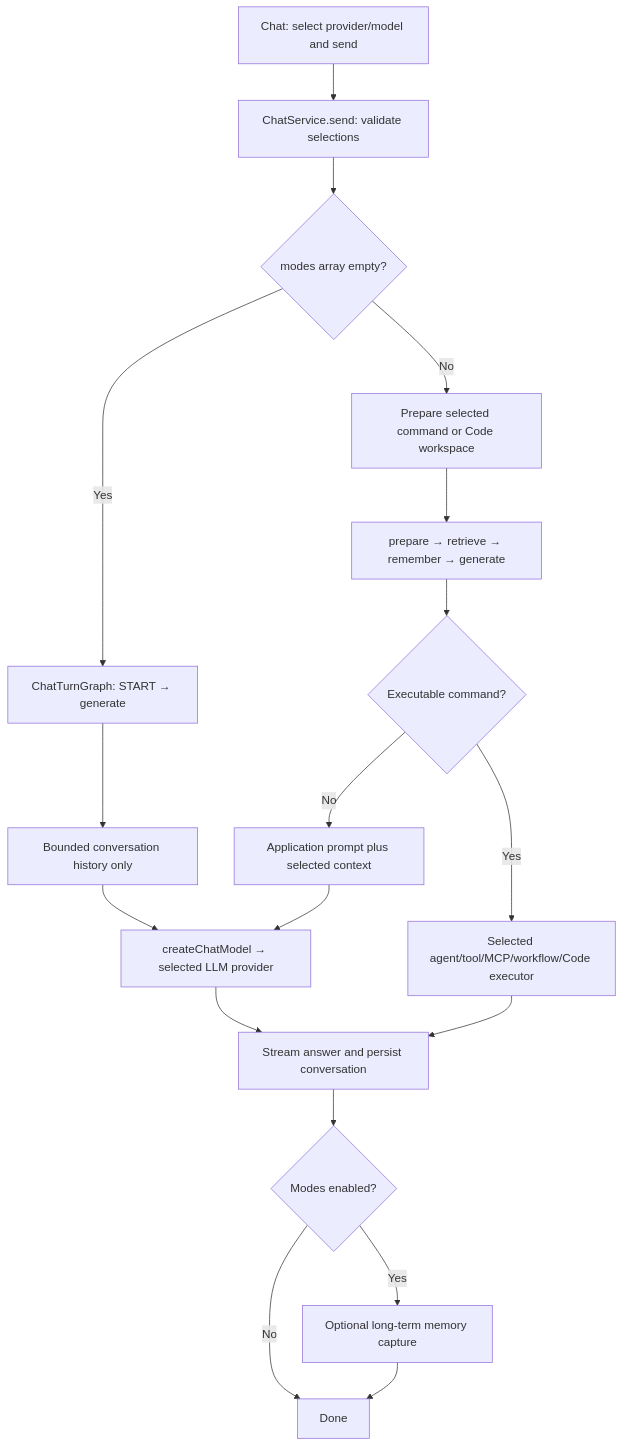
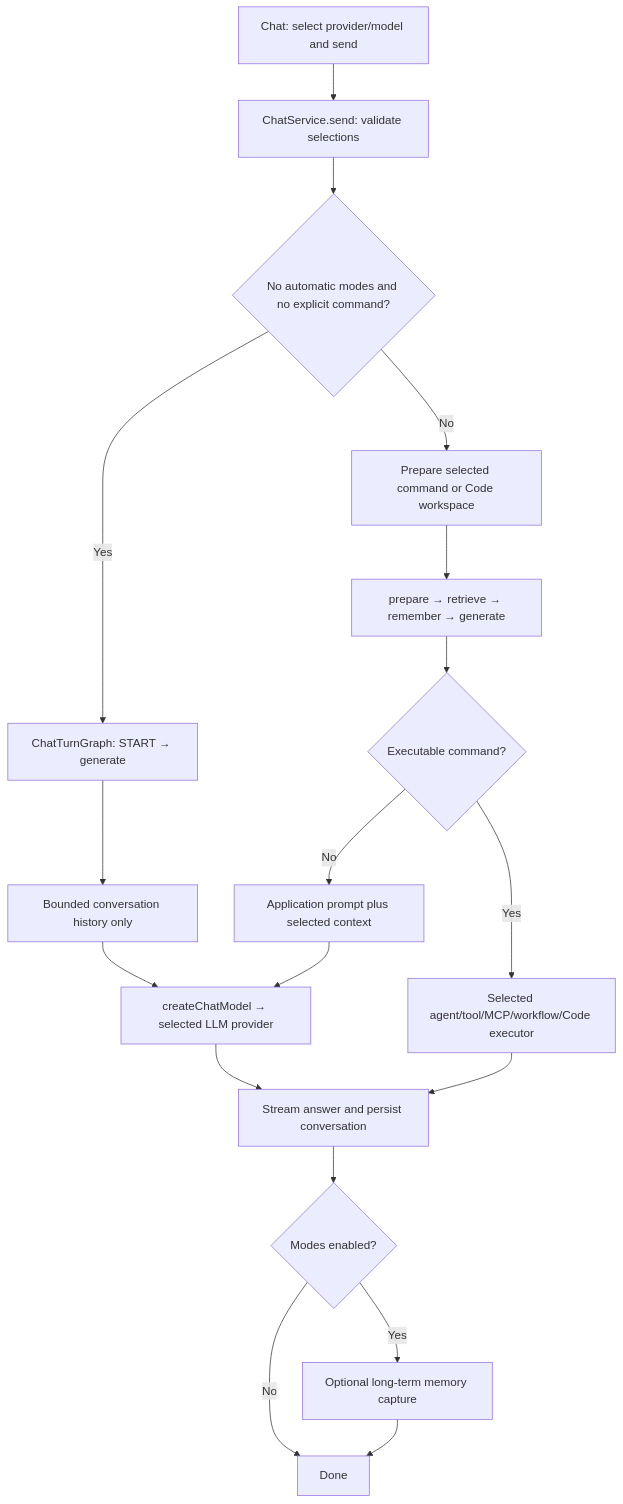
The first of 3 diagrams in docs/CHAT.md (dipak7587/desktop-agent), drawn with Mermaid before and after one commit. The commit also changed other lines of this file and 18 other files, not shown here.

````diff
--- a/docs/CHAT.md
+++ b/docs/CHAT.md
@@ -16,20 +17,20 @@
 ```mermaid
 flowchart TD
     UI[Chat: select provider/model and send] --> Service[ChatService.send: validate selections]
-    Service --> Empty{modes array empty?}
+    Service --> Empty{No automatic modes and no explicit command?}
     Empty -->|Yes| Direct[ChatTurnGraph: START → generate]
     Direct --> History[Bounded conversation history only]
     History --> Model[createChatModel → selected LLM provider]
     Empty -->|No| Prepare[Prepare selected command or Code workspace]
     Prepare --> Context[prepare → retrieve → remember → generate]
     Context --> Execute{Executable command?}
     Execute -->|Yes| Command[Selected agent/tool/MCP/workflow/Code executor]
     Execute -->|No| Prompt[Application prompt plus selected context]
     Prompt --> Model
     Model --> Stream[Stream answer and persist conversation]
     Command --> Stream
     Stream --> Memory{Modes enabled?}
     Memory -->|Yes| Capture[Optional long-term memory capture]
     Memory -->|No| Done[Done]
     Capture --> Done
 ```
````
